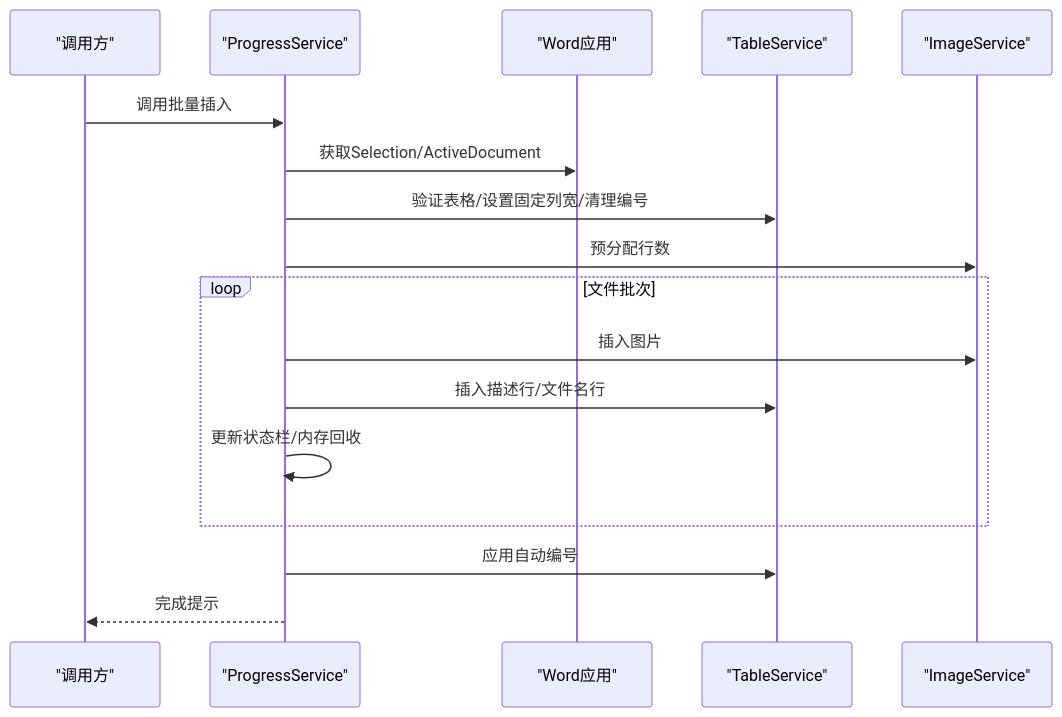
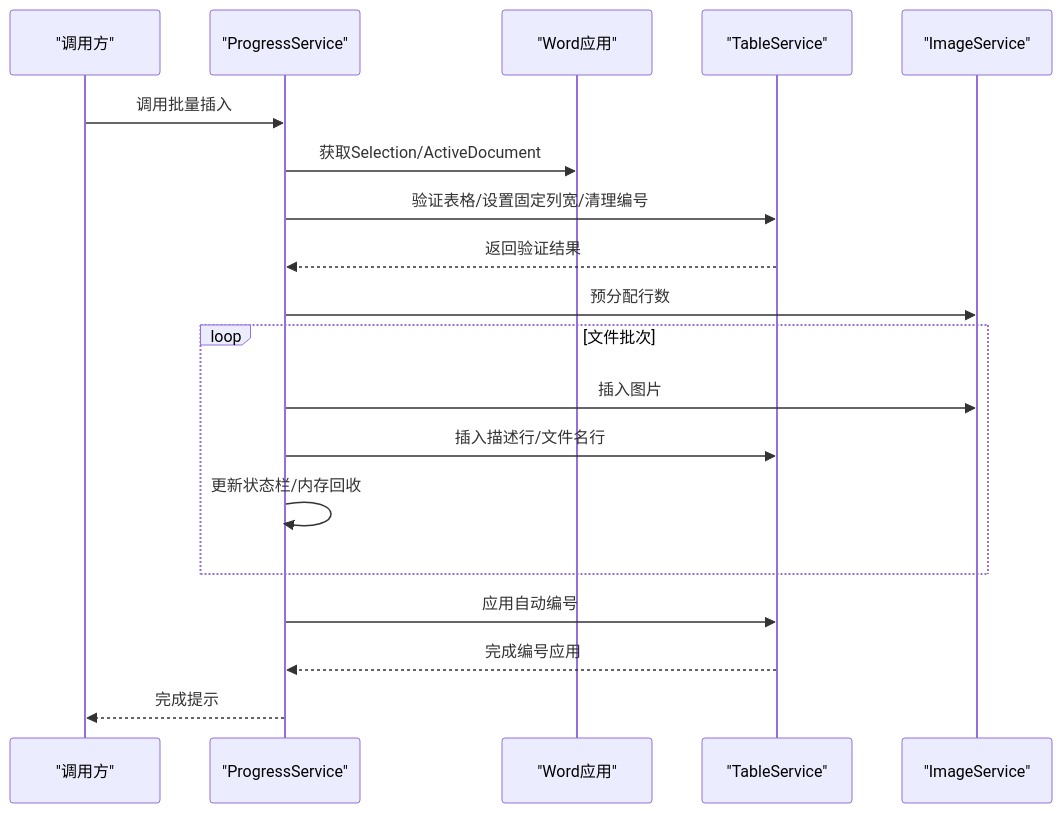
Before and after one commit to rainiva/WordTools: the fifth of 8 diagrams in .qoder/repowiki/zh/content/服务层/表格服务.md, drawn with Mermaid. The commit also changed other lines of this file and 12 other files, not shown here.

````diff
--- a/.qoder/repowiki/zh/content/服务层/表格服务.md
+++ b/.qoder/repowiki/zh/content/服务层/表格服务.md
@@ -226,19 +249,21 @@
 ```mermaid
 sequenceDiagram
 participant UI as "调用方"
 participant PS as "ProgressService"
 participant App as "Word应用"
 participant TS as "TableService"
 participant IS as "ImageService"
 UI->>PS : 调用批量插入
 PS->>App : 获取Selection/ActiveDocument
 PS->>TS : 验证表格/设置固定列宽/清理编号
+TS-->>PS : 返回验证结果
 PS->>IS : 预分配行数
 loop 文件批次
 PS->>IS : 插入图片
 PS->>TS : 插入描述行/文件名行
 PS->>PS : 更新状态栏/内存回收
 end
 PS->>TS : 应用自动编号
+TS-->>PS : 完成编号应用
 PS-->>UI : 完成提示
 ```
````
